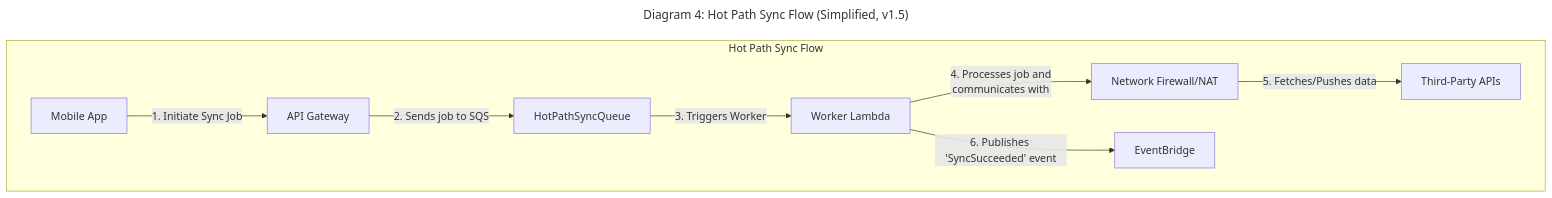
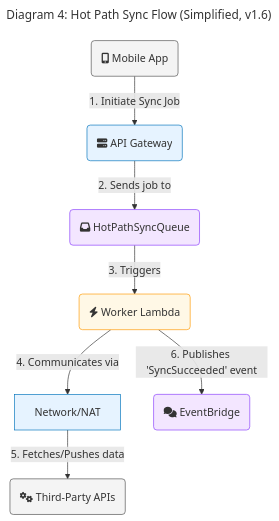
Before and after one commit to dino10bit/healthsync: diagram 11 of 15 in docs/architecture/06-technical-architecture.md, drawn with Mermaid. The commit also changed other lines of this file, not shown here.

First line of the commit message:
Enhance diagrams with professional styling and icons

````diff
--- a/docs/architecture/06-technical-architecture.md
+++ b/docs/architecture/06-technical-architecture.md
@@ -1245,14 +1323,32 @@
 ```mermaid
 ---
-title: "Diagram 4: Hot Path Sync Flow (Simplified, v1.5)"
+title: "Diagram 4: Hot Path Sync Flow (Simplified, v1.6)"
 ---
 graph TD
-    subgraph "Hot Path Sync Flow"
-        A[Mobile App] -- "1. Initiate Sync Job" --> B[API Gateway]
-        B -- "2. Sends job to SQS" --> SQS[HotPathSyncQueue]
-        SQS -- "3. Triggers Worker" --> D[Worker Lambda]
-        D -- "4. Processes job and<br>communicates with" --> F[Network Firewall/NAT]
-        F -- "5. Fetches/Pushes data" --> E[Third-Party APIs]
-        D -- "6. Publishes 'SyncSucceeded' event" --> C[EventBridge]
-    end
+    %% Define Styles
+    classDef compute fill:#fff8e6,stroke:#ff9900;
+    classDef messaging fill:#f3e6ff,stroke:#8a3ffc;
+    classDef external fill:#f4f4f4,stroke:#525252;
+    classDef ingress fill:#e6f3ff,stroke:#0073bb;
+
+    A("`fa:fa-mobile-alt Mobile App`")
+    B("`fa:fa-server API Gateway`")
+    SQS("`fa:fa-inbox HotPathSyncQueue`")
+    D("`fa:fa-bolt Worker Lambda`")
+    F[Network/NAT]
+    E("`fa:fa-cogs Third-Party APIs`")
+    C("`fa:fa-comments EventBridge`")
+
+    A -- "1. Initiate Sync Job" --> B
+    B -- "2. Sends job to" --> SQS
+    SQS -- "3. Triggers" --> D
+    D -- "4. Communicates via" --> F
+    F -- "5. Fetches/Pushes data" --> E
+    D -- "6. Publishes 'SyncSucceeded' event" --> C
+
+    %% Apply Styles
+    class A,E external;
+    class B,F ingress;
+    class SQS,C messaging;
+    class D compute;
 ```
````
